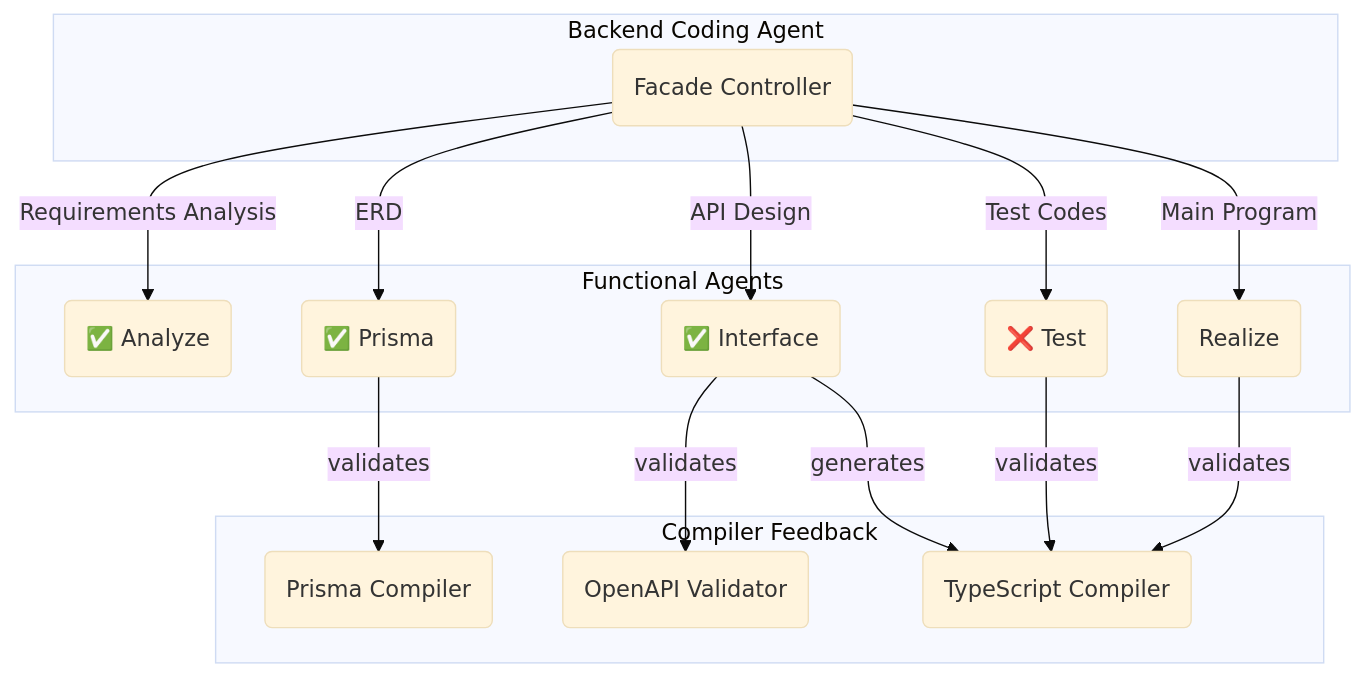
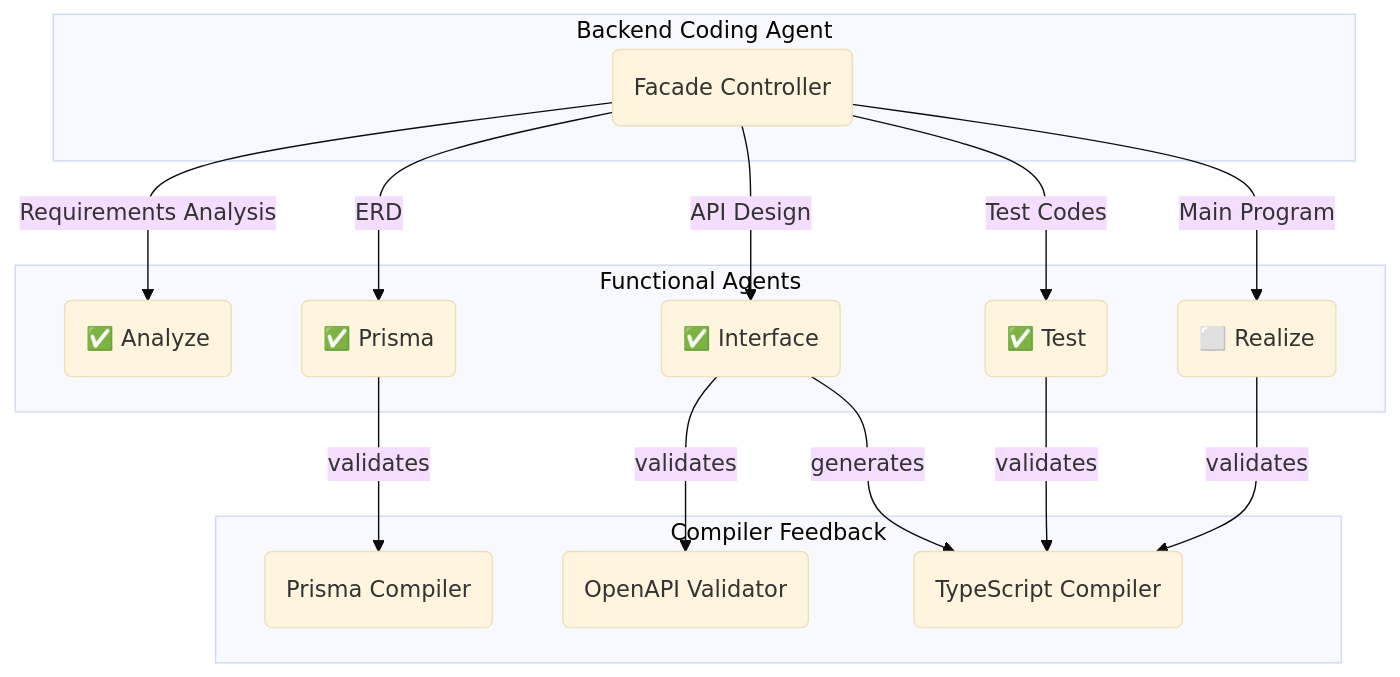
The diagram in openai/gpt-5.1/shopping/README.md (wrtnlabs/autobe-examples), drawn with Mermaid (base theme) before and after one commit. The commit also changed other lines of this file and 8017 other files, not shown here.

````diff
--- a/openai/gpt-5.1/shopping/README.md
+++ b/openai/gpt-5.1/shopping/README.md
@@ -14,20 +14,20 @@
 ```mermaid
 flowchart
 subgraph "Backend Coding Agent"
   coder("Facade Controller")
 end
 subgraph "Functional Agents"
   coder --"Requirements Analysis"--> analyze("✅ Analyze")
   coder --"ERD"--> prisma("✅ Prisma")
   coder --"API Design"--> interface("✅ Interface")
-  coder --"Test Codes" --> test("❌ Test")
-  coder --"Main Program" --> realize(" Realize")
+  coder --"Test Codes" --> test("✅ Test")
+  coder --"Main Program" --> realize("⬜ Realize")
 end
 subgraph "Compiler Feedback"
   prisma --"validates" --> prismaCompiler("Prisma Compiler")
   interface --"validates" --> openapiValidator("OpenAPI Validator")
   interface --"generates" --> tsCompiler("TypeScript Compiler")
   test --"validates" --> tsCompiler("TypeScript Compiler")
   realize --"validates" --> tsCompiler("TypeScript Compiler")
 end
 ```
````
